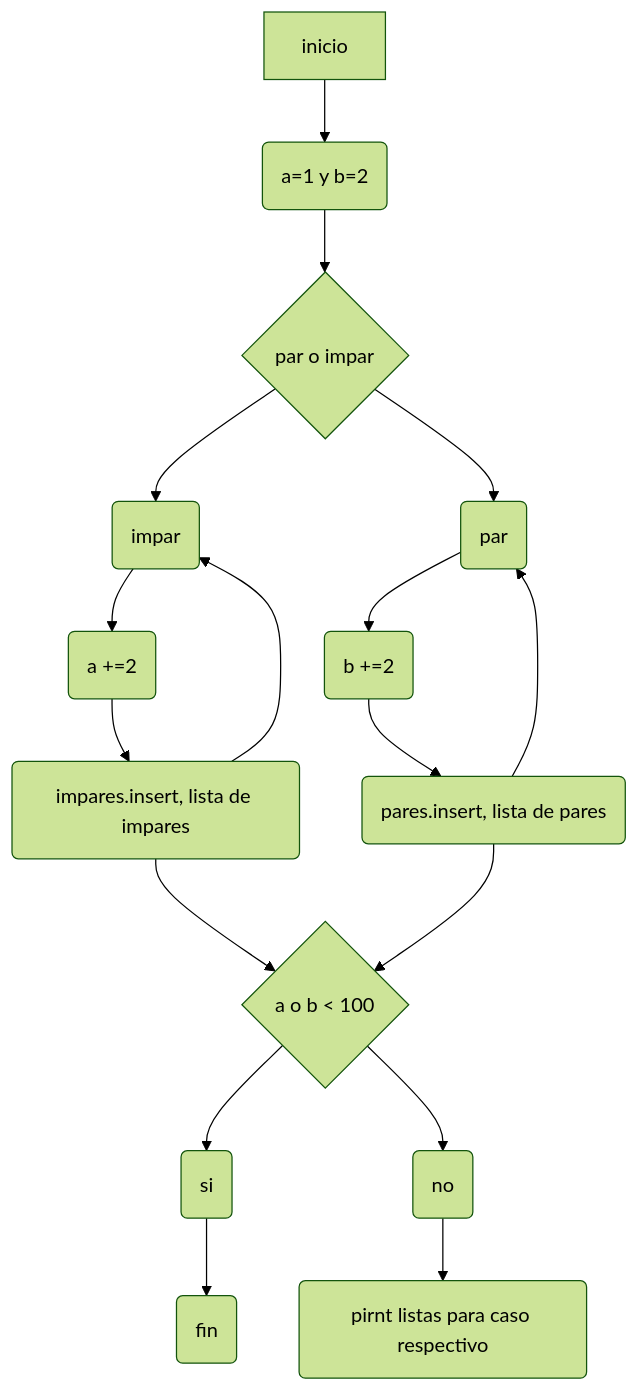
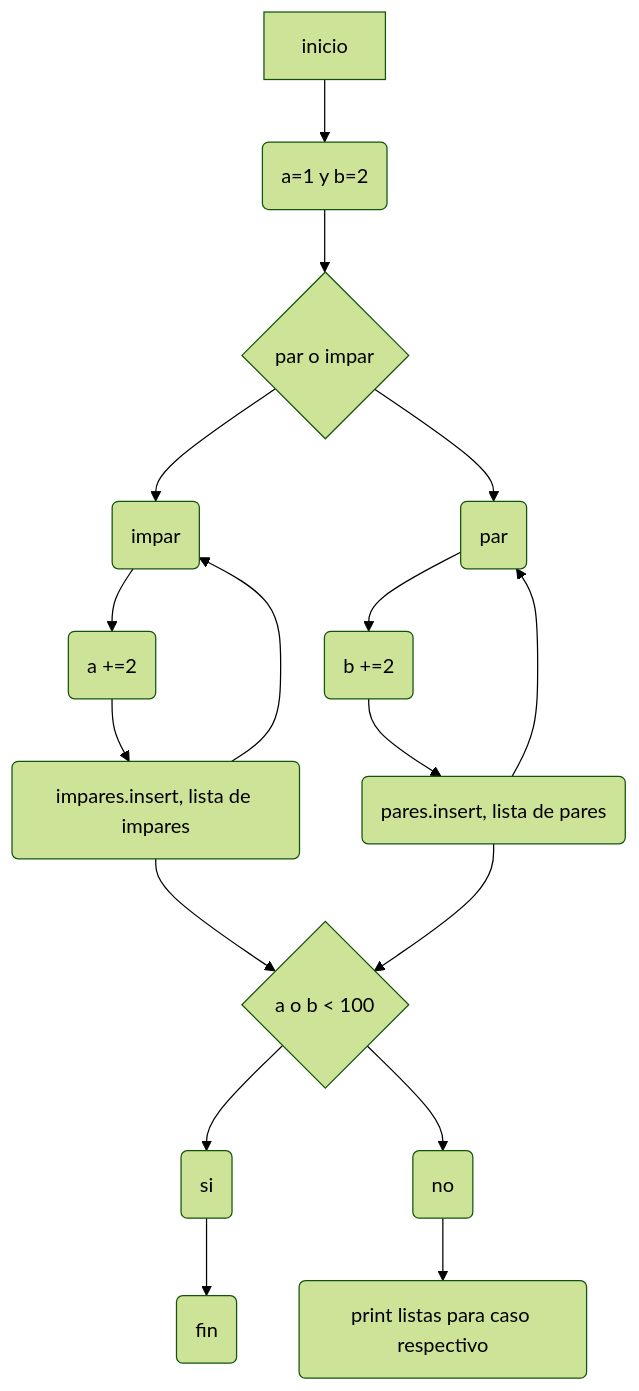
The second of 3 diagrams in README.md (AndresBustamant/Reto_7), drawn with Mermaid (forest theme) before and after one commit.

````diff
--- a/README.md
+++ b/README.md
@@ -33,19 +33,19 @@
 ```mermaid
 graph TD;
    A[inicio] --> B(a=1 y b=2);
    B -->C{par o impar};
    C -->D(par);
    D -->F(b +=2);
    C -->E(impar);
    E -->G(a +=2);
    F -->H(pares.insert, lista de pares);
    H -->D;
    G-->I(impares.insert, lista de impares);
    I-->E;
    I-->J{a o b < 100};
    H -->J;
    J-->K(si);
    J-->L(no);
-   L-->M(pirnt listas para caso respectivo);
+   L-->M(print listas para caso respectivo);
    K-->N(fin);
 ```
````
